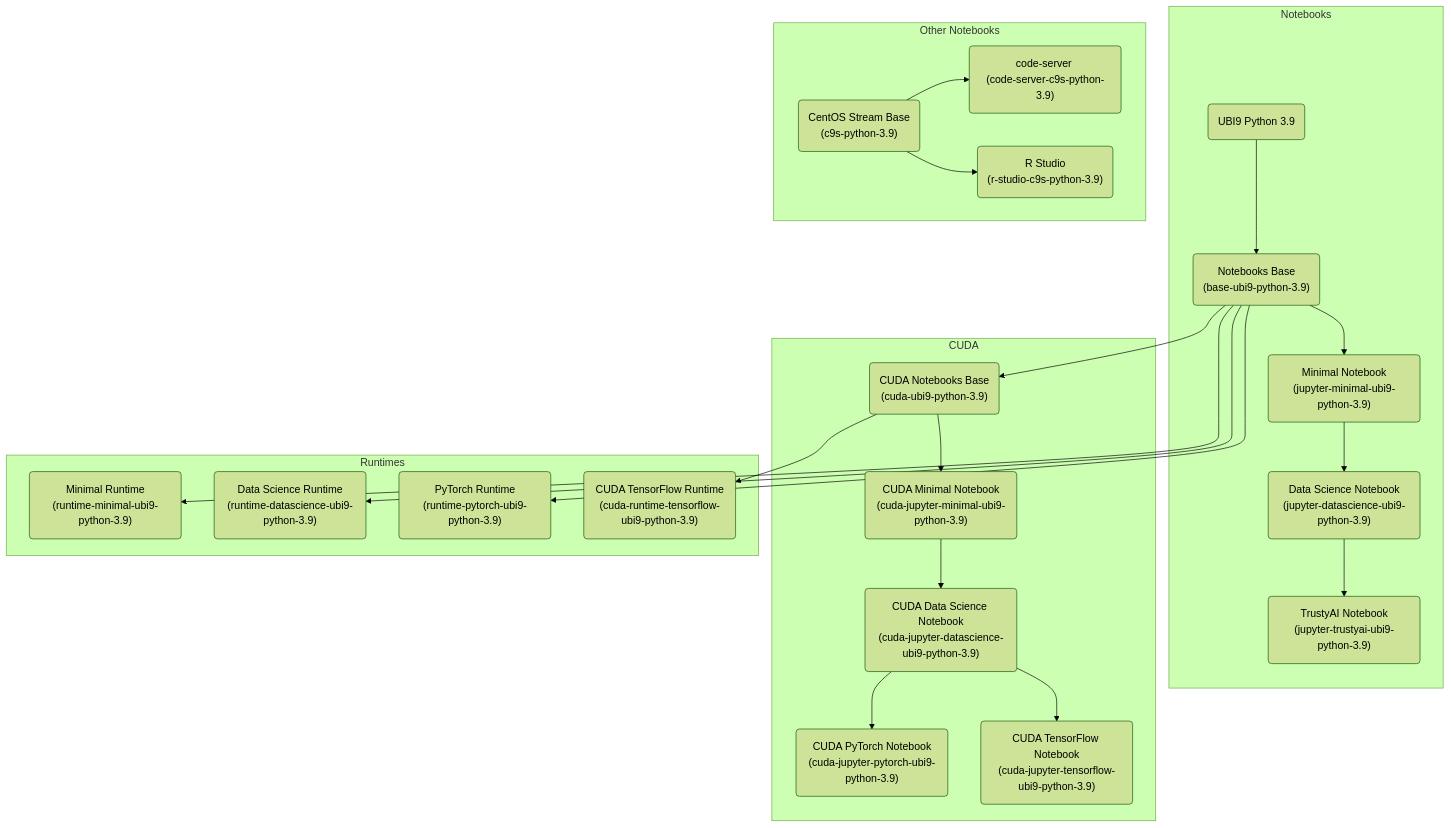
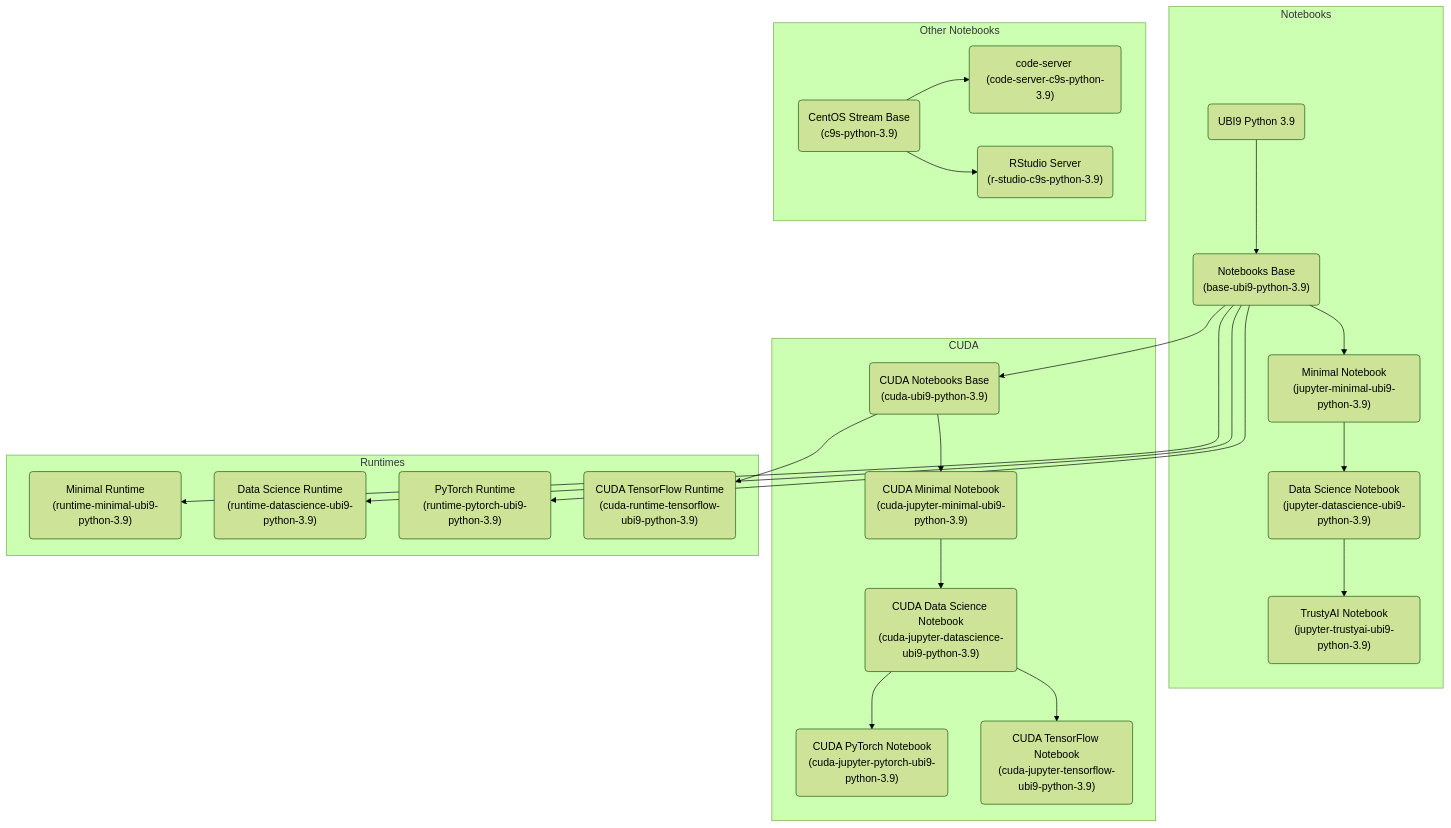
One commit to opendatahub-io/notebooks changed the second of 2 diagrams in README.md. Above: the diagram before and after it, drawn with Mermaid (forest theme). The commit also changed 8 other files, not shown here.

Commit message:
Fix naming for R Studio Server

````diff
--- a/README.md
+++ b/README.md
@@ -76,59 +76,59 @@
 ```mermaid
 graph TB
     subgraph Notebooks
         %% Nodes
         ubi9-python-3.9(UBI9 Python 3.9);
         base-ubi9-python-3.9("Notebooks Base<br/>(base-ubi9-python-3.9)");
         jupyter-minimal-ubi9-python-3.9("Minimal Notebook<br/>(jupyter-minimal-ubi9-python-3.9)");
         jupyter-datascience-ubi9-python-3.9("Data Science Notebook<br/>(jupyter-datascience-ubi9-python-3.9)");
         jupyter-trustyai-ubi9-python-3.9("TrustyAI Notebook<br/>(jupyter-trustyai-ubi9-python-3.9)");
 
         %% Edges
         ubi9-python-3.9 --> base-ubi9-python-3.9;
         base-ubi9-python-3.9 --> jupyter-minimal-ubi9-python-3.9;
         jupyter-minimal-ubi9-python-3.9 --> jupyter-datascience-ubi9-python-3.9;
         jupyter-datascience-ubi9-python-3.9 --> jupyter-trustyai-ubi9-python-3.9;
     end
 
     subgraph CUDA
         %% Nodes
         cuda-ubi9-python-3.9("CUDA Notebooks Base<br/>(cuda-ubi9-python-3.9)");
         cuda-jupyter-minimal-ubi9-python-3.9("CUDA Minimal Notebook<br/>(cuda-jupyter-minimal-ubi9-python-3.9)");
         cuda-jupyter-datascience-ubi9-python-3.9("CUDA Data Science Notebook<br/>(cuda-jupyter-datascience-ubi9-python-3.9)");
         cuda-jupyter-pytorch-ubi9-python-3.9("CUDA PyTorch Notebook<br/>(cuda-jupyter-pytorch-ubi9-python-3.9)");
         cuda-jupyter-tensorflow-ubi9-python-3.9("CUDA TensorFlow Notebook<br/>(cuda-jupyter-tensorflow-ubi9-python-3.9)");
 
         %% Edges
         base-ubi9-python-3.9 --> cuda-ubi9-python-3.9;
         cuda-ubi9-python-3.9 --> cuda-jupyter-minimal-ubi9-python-3.9;
         cuda-jupyter-minimal-ubi9-python-3.9 --> cuda-jupyter-datascience-ubi9-python-3.9;
         cuda-jupyter-datascience-ubi9-python-3.9 --> cuda-jupyter-pytorch-ubi9-python-3.9;
         cuda-jupyter-datascience-ubi9-python-3.9 --> cuda-jupyter-tensorflow-ubi9-python-3.9;
     end
 
     subgraph Runtimes
         %% Nodes
         runtimes-minimal-ubi9-python-3.9("Minimal Runtime<br/>(runtime-minimal-ubi9-python-3.9)");
         runtimes-datascience-ubi9-python-3.9("Data Science Runtime<br/>(runtime-datascience-ubi9-python-3.9)");
         runtimes-pytorch-ubi9-python-3.9("PyTorch Runtime<br/>(runtime-pytorch-ubi9-python-3.9)");
         cuda-runtimes-tensorflow-ubi9-python-3.9("CUDA TensorFlow Runtime<br/>(cuda-runtime-tensorflow-ubi9-python-3.9)");
 
         %% Edges
         base-ubi9-python-3.9 --> runtimes-minimal-ubi9-python-3.9;
         base-ubi9-python-3.9 --> runtimes-datascience-ubi9-python-3.9;
         base-ubi9-python-3.9 --> runtimes-pytorch-ubi9-python-3.9;
         cuda-ubi9-python-3.9 --> cuda-runtimes-tensorflow-ubi9-python-3.9;
     end
 
     subgraph Other Notebooks
         %% Nodes
         c9s-python-3.9("CentOS Stream Base<br/>(c9s-python-3.9)");
         code-server-c9s-python-3.9("code-server <br/>(code-server-c9s-python-3.9)");
-        r-studio-c9s-python-3.9("R Studio <br/>(r-studio-c9s-python-3.9)");
+        r-studio-c9s-python-3.9("RStudio Server<br/>(r-studio-c9s-python-3.9)");
 
         %% Edges
         c9s-python-3.9 --> code-server-c9s-python-3.9;
         c9s-python-3.9 --> r-studio-c9s-python-3.9;
     end
 
 ```
````
